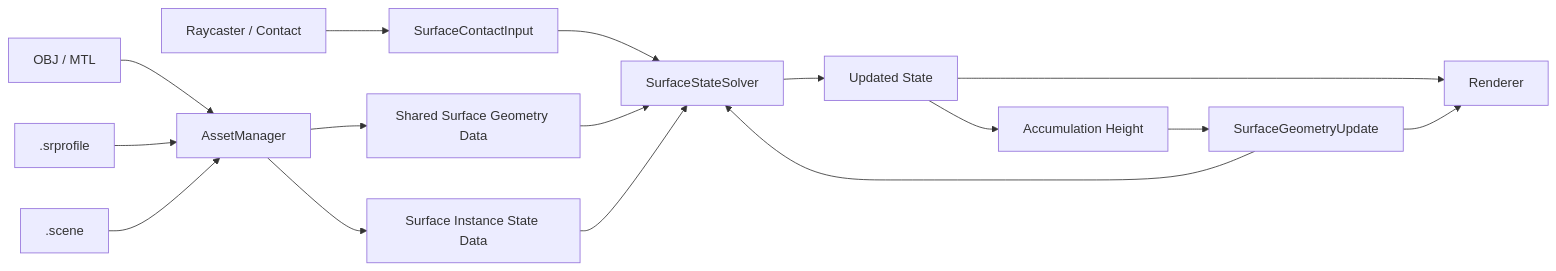
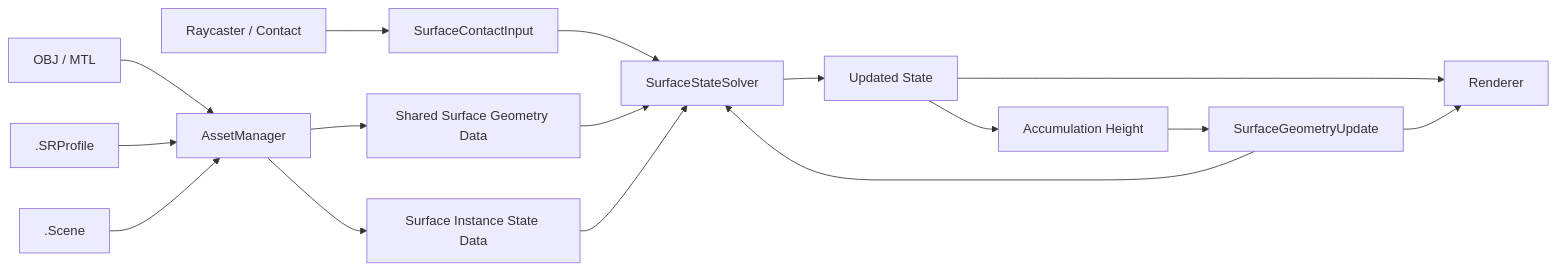
The diagram in Docs/MDSSP-Vault/02_Architecture/0002_Data-Flow.md (Yonaim/Material-Dependent-Surface-State-Engine), drawn with Mermaid before and after one commit. The commit also changed other lines of this file and 10 other files, not shown here.

````diff
--- a/Docs/MDSSP-Vault/02_Architecture/0002_Data-Flow.md
+++ b/Docs/MDSSP-Vault/02_Architecture/0002_Data-Flow.md
@@ -5,18 +5,18 @@
 ```mermaid
 flowchart LR
   OBJ[OBJ / MTL] --> Assets[AssetManager]
-  Profile[.srprofile] --> Assets
-  SceneFile[.scene] --> Assets
+  Profile[.SRProfile] --> Assets
+  SceneFile[.Scene] --> Assets
   Assets --> Shared[Shared Surface Geometry Data]
   Assets --> Instance[Surface Instance State Data]
   Ray[Raycaster / Contact] --> Input[SurfaceContactInput]
   Input --> Solver[SurfaceStateSolver]
   Shared --> Solver
   Instance --> Solver
   Solver --> NewState[Updated State]
   NewState --> Acc[Accumulation Height]
   Acc --> Geo[SurfaceGeometryUpdate]
   NewState --> Render[Renderer]
   Geo --> Render
   Geo --> Solver
 ```
````
